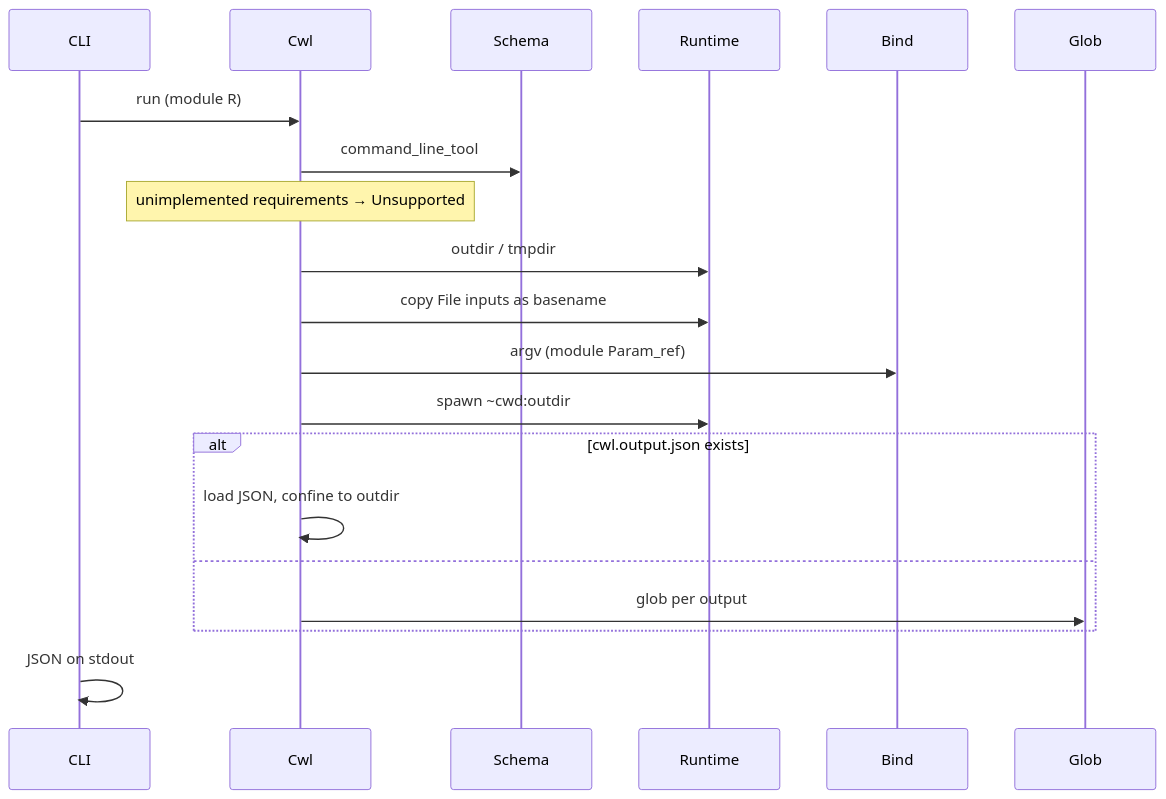
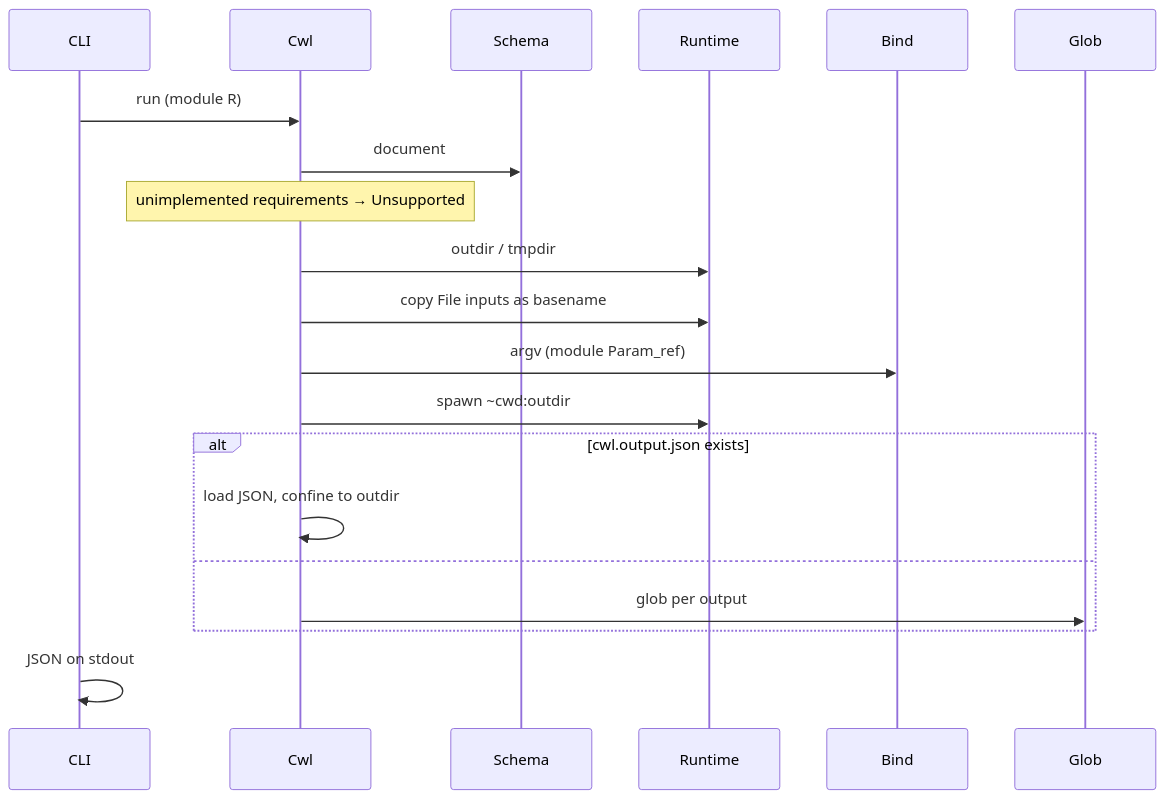
Before and after one commit to vjaganat90/caml-cwl-runner: the second of 2 diagrams in design_docs/runner.md, drawn with Mermaid. The commit also changed other lines of this file and 14 other files, not shown here.

Commit message:
refactor: accurately renamed Doc to Untype_tree and clearly created CWL Document module as a sum type of CommandLineTool and Workflow

````diff
--- a/design_docs/runner.md
+++ b/design_docs/runner.md
@@ -100,22 +105,22 @@
 ```mermaid
 sequenceDiagram
   participant CLI
   participant Cwl
   participant Schema
   participant Runtime
   participant Bind
   participant Glob
   CLI->>Cwl: run (module R)
-  Cwl->>Schema: command_line_tool
+  Cwl->>Schema: document
   Note over Cwl: unimplemented requirements → Unsupported
   Cwl->>Runtime: outdir / tmpdir
   Cwl->>Runtime: copy File inputs as basename
   Cwl->>Bind: argv (module Param_ref)
   Cwl->>Runtime: spawn ~cwd:outdir
   alt cwl.output.json exists
     Cwl->>Cwl: load JSON, confine to outdir
   else
     Cwl->>Glob: glob per output
   end
   CLI->>CLI: JSON on stdout
 ```
````
